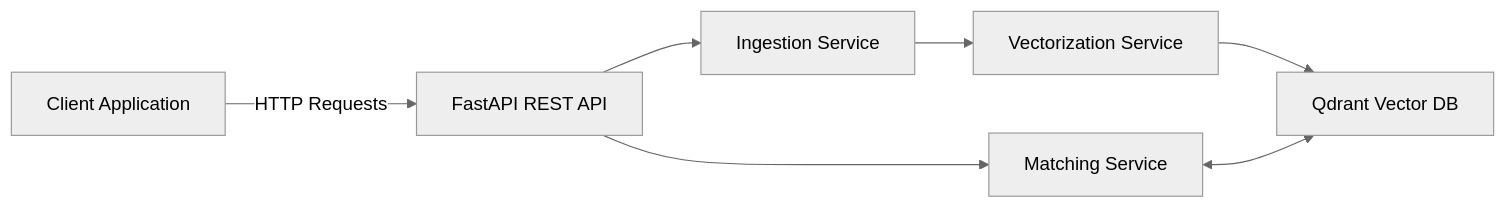
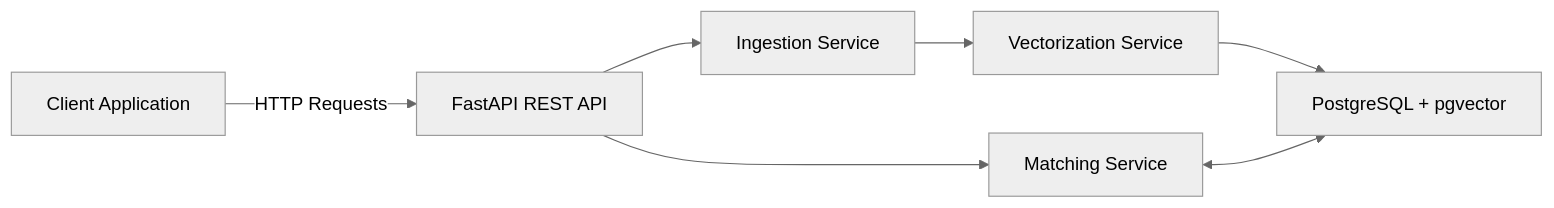
Before and after one commit to noizzhack7-pixel/career-ai: the diagram in README.md, drawn with Mermaid (neutral theme). The commit also changed other lines of this file and 4 other files, not shown here.

````diff
--- a/README.md
+++ b/README.md
@@ -162,16 +162,16 @@
 ```mermaid
 flowchart LR
     CLIENT["Client Application"]
     API["FastAPI REST API"]
     ING["Ingestion Service"]
     VEC["Vectorization Service"]
     MATCH["Matching Service"]
-    QDRANT["Qdrant Vector DB"]
+    POSTGRES["PostgreSQL + pgvector"]
 
     CLIENT -->|HTTP Requests| API
     API --> ING
     ING --> VEC
-    VEC --> QDRANT
+    VEC --> POSTGRES
     API --> MATCH
-    MATCH <--> QDRANT
+    MATCH <--> POSTGRES
 ```
````
